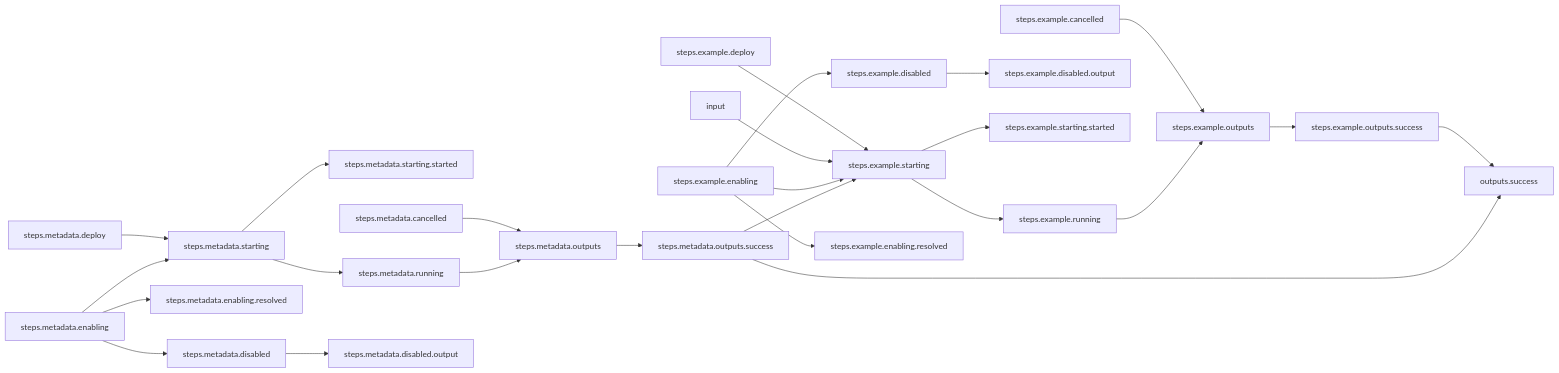
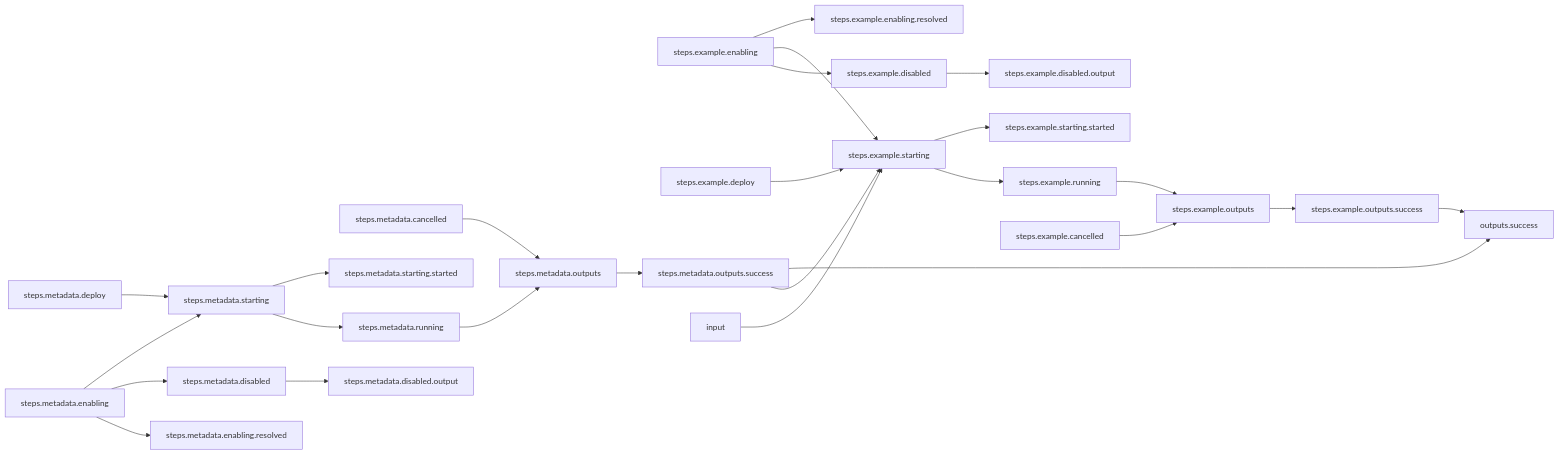
The diagram in basic-examples/serial-wait_for/README.md (arcalot/arcaflow-workflows), drawn with Mermaid before and after one commit. The commit also changed other lines of this file and 19 other files, not shown here.

````diff
--- a/basic-examples/serial-wait_for/README.md
+++ b/basic-examples/serial-wait_for/README.md
@@ -30,29 +86,29 @@
 ```mermaid
 %% Mermaid markdown workflow
 flowchart LR
 %% Success path
-steps.example.deploy-->steps.example.starting
-steps.example.cancelled-->steps.example.outputs
-steps.metadata.starting-->steps.metadata.starting.started
-steps.metadata.starting-->steps.metadata.running
-steps.metadata.cancelled-->steps.metadata.outputs
-input-->steps.example.starting
-steps.metadata.deploy-->steps.metadata.starting
-steps.metadata.running-->steps.metadata.outputs
-steps.metadata.enabling-->steps.metadata.enabling.resolved
-steps.metadata.enabling-->steps.metadata.starting
-steps.metadata.enabling-->steps.metadata.disabled
-steps.example.disabled-->steps.example.disabled.output
-steps.metadata.disabled-->steps.metadata.disabled.output
-steps.example.starting-->steps.example.starting.started
-steps.example.starting-->steps.example.running
-steps.example.outputs-->steps.example.outputs.success
-steps.example.running-->steps.example.outputs
-steps.metadata.outputs-->steps.metadata.outputs.success
 steps.example.enabling-->steps.example.enabling.resolved
 steps.example.enabling-->steps.example.starting
 steps.example.enabling-->steps.example.disabled
-steps.example.outputs.success-->outputs.success
+steps.metadata.cancelled-->steps.metadata.outputs
+steps.example.starting-->steps.example.starting.started
+steps.example.starting-->steps.example.running
+steps.metadata.running-->steps.metadata.outputs
+steps.example.deploy-->steps.example.starting
+steps.metadata.outputs-->steps.metadata.outputs.success
+steps.metadata.starting-->steps.metadata.starting.started
+steps.metadata.starting-->steps.metadata.running
+steps.example.disabled-->steps.example.disabled.output
+steps.metadata.disabled-->steps.metadata.disabled.output
 steps.metadata.outputs.success-->outputs.success
 steps.metadata.outputs.success-->steps.example.starting
+steps.example.running-->steps.example.outputs
+steps.metadata.deploy-->steps.metadata.starting
+steps.example.outputs.success-->outputs.success
+steps.metadata.enabling-->steps.metadata.starting
+steps.metadata.enabling-->steps.metadata.disabled
+steps.metadata.enabling-->steps.metadata.enabling.resolved
+steps.example.outputs-->steps.example.outputs.success
+input-->steps.example.starting
+steps.example.cancelled-->steps.example.outputs
 ```
````
